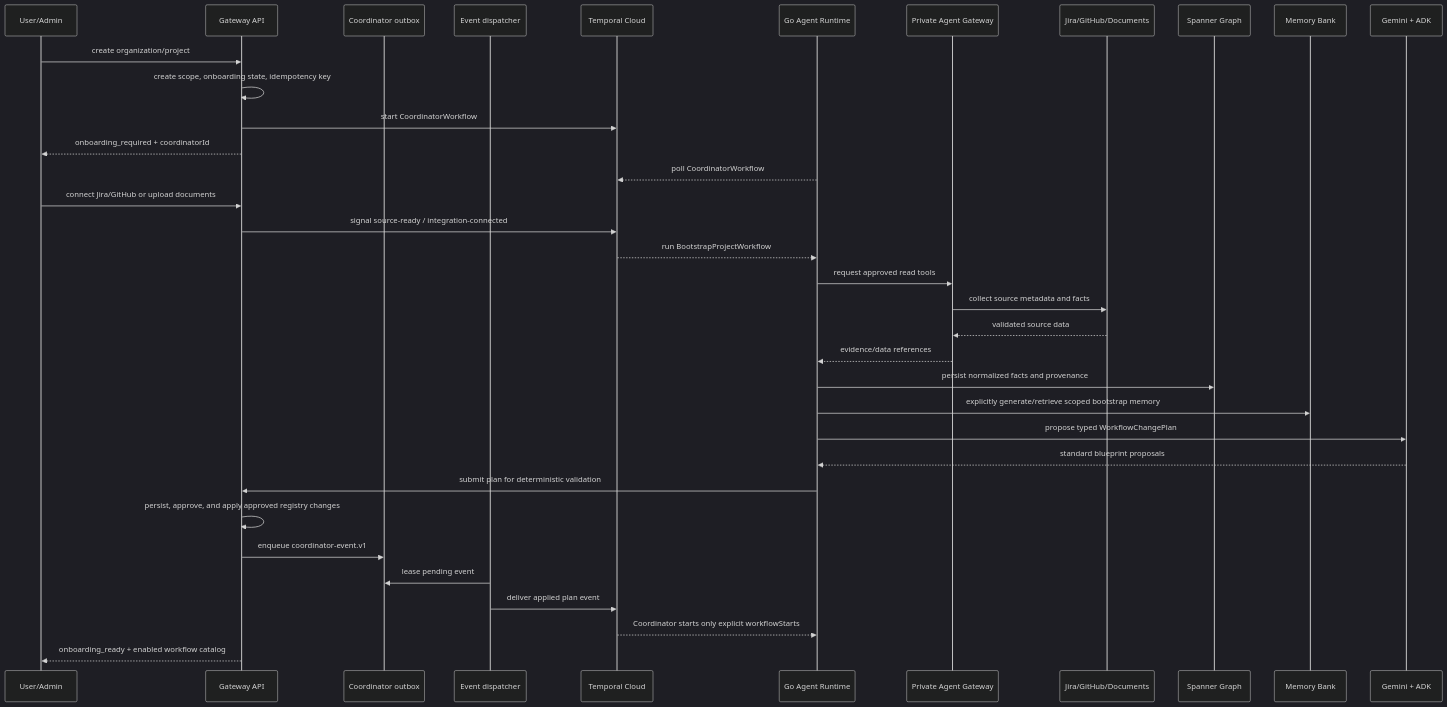
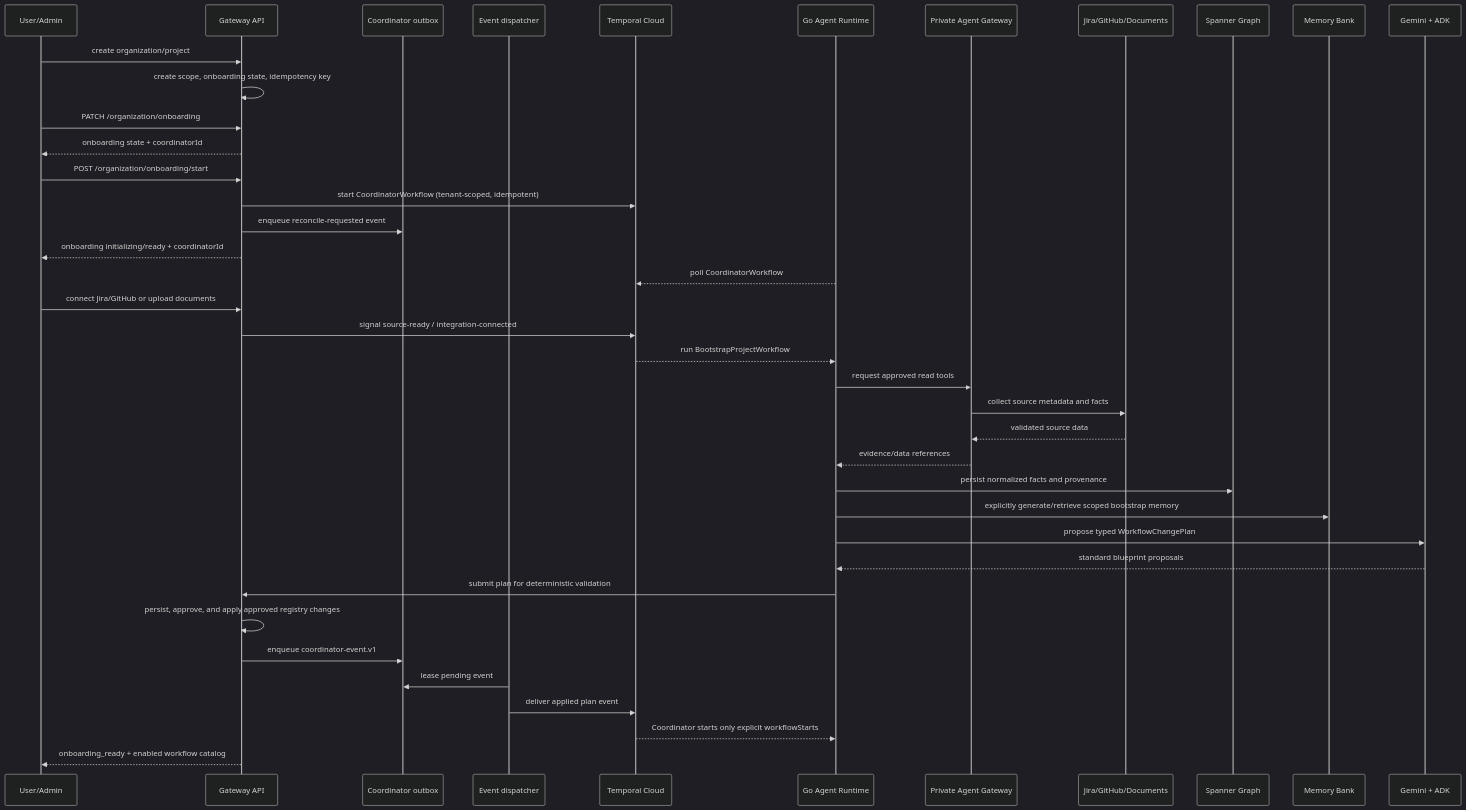
One commit to andriishupta/encois changed the second of 5 diagrams in docs/flows.md. Above: the diagram before and after it, drawn with Mermaid (dark theme). The commit also changed other lines of this file and 125 other files, not shown here.

````diff
--- a/docs/flows.md
+++ b/docs/flows.md
@@ -93,39 +93,43 @@
 ```mermaid
 sequenceDiagram
     participant User as User/Admin
     participant API as Gateway API
     participant Outbox as Coordinator outbox
     participant Dispatcher as Event dispatcher
     participant Temporal as Temporal Cloud
     participant Runtime as Go Agent Runtime
     participant AgentGW as Private Agent Gateway
     participant Sources as Jira/GitHub/Documents
     participant Graph as Spanner Graph
     participant Memory as Memory Bank
     participant Gemini as Gemini + ADK
 
     User->>API: create organization/project
     API->>API: create scope, onboarding state, idempotency key
-    API->>Temporal: start CoordinatorWorkflow
-    API-->>User: onboarding_required + coordinatorId
+    User->>API: PATCH /organization/onboarding
+    API-->>User: onboarding state + coordinatorId
+    User->>API: POST /organization/onboarding/start
+    API->>Temporal: start CoordinatorWorkflow (tenant-scoped, idempotent)
+    API->>Outbox: enqueue reconcile-requested event
+    API-->>User: onboarding initializing/ready + coordinatorId
     Runtime-->>Temporal: poll CoordinatorWorkflow
 
     User->>API: connect Jira/GitHub or upload documents
     API->>Temporal: signal source-ready / integration-connected
     Temporal-->>Runtime: run BootstrapProjectWorkflow
     Runtime->>AgentGW: request approved read tools
     AgentGW->>Sources: collect source metadata and facts
     Sources-->>AgentGW: validated source data
     AgentGW-->>Runtime: evidence/data references
     Runtime->>Graph: persist normalized facts and provenance
     Runtime->>Memory: explicitly generate/retrieve scoped bootstrap memory
     Runtime->>Gemini: propose typed WorkflowChangePlan
     Gemini-->>Runtime: standard blueprint proposals
     Runtime->>API: submit plan for deterministic validation
     API->>API: persist, approve, and apply approved registry changes
     API->>Outbox: enqueue coordinator-event.v1
     Dispatcher->>Outbox: lease pending event
     Dispatcher->>Temporal: deliver applied plan event
     Temporal-->>Runtime: Coordinator starts only explicit workflowStarts
     API-->>User: onboarding_ready + enabled workflow catalog
 ```
````
